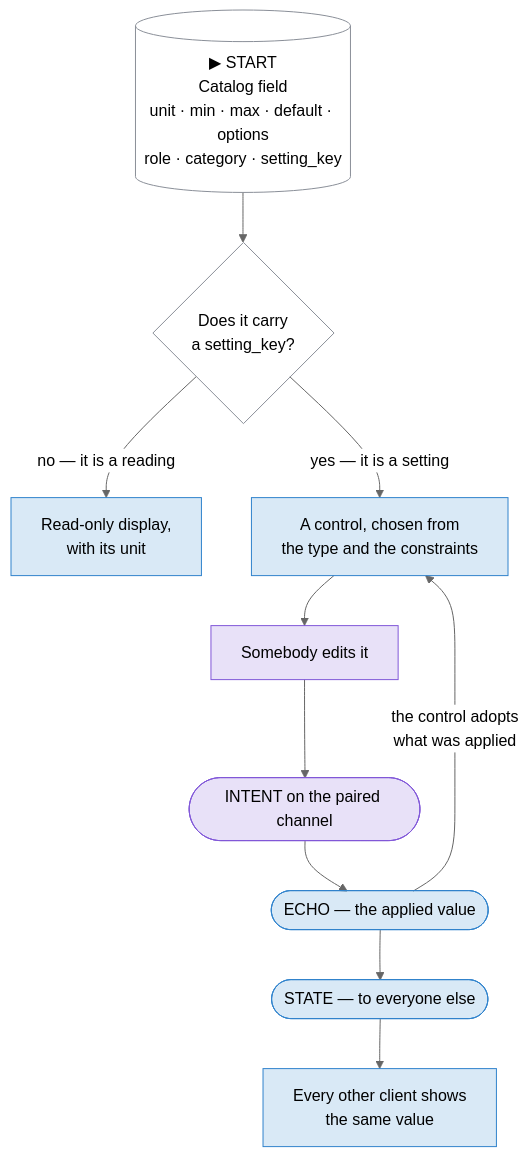
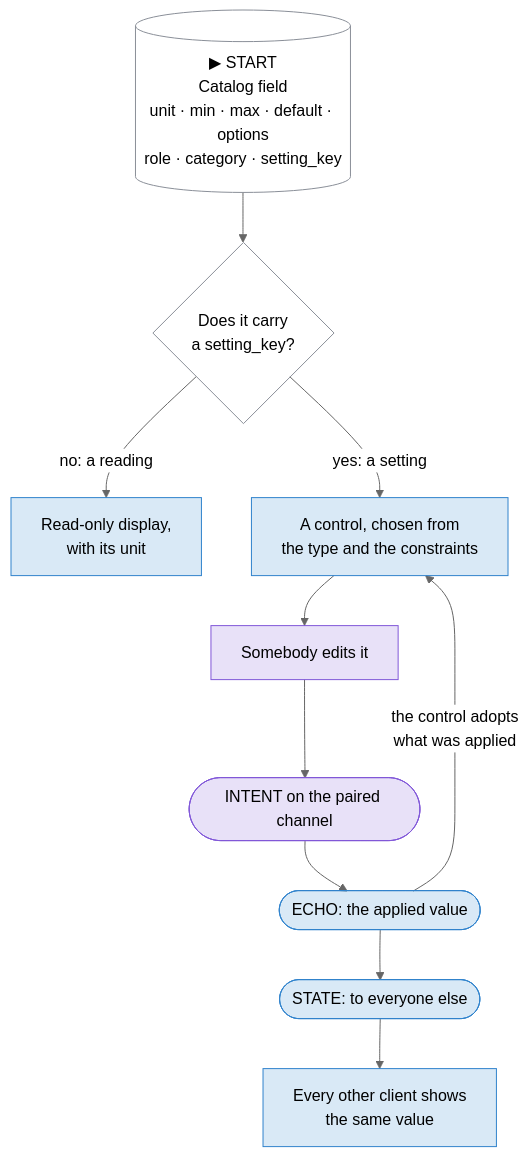
Before and after one commit to openvalence/Valence: the seventh of 7 diagrams in docs-site/docs/understand/how-it-works.md, drawn with Mermaid (neutral theme). The commit also changed other lines of this file and 66 other files, not shown here.

````diff
--- a/docs-site/docs/understand/how-it-works.md
+++ b/docs-site/docs/understand/how-it-works.md
@@ -286,18 +273,18 @@
 ```mermaid
 flowchart TD
     CAT[("▶ START<br/>Catalog field<br/>unit · min · max · default · options<br/>role · category · setting_key")]:::store
     CAT --> Q{"Does it carry<br/>a setting_key?"}:::party
-    Q -->|"no — it is a reading"| RO["Read-only display,<br/>with its unit"]:::truth
-    Q -->|"yes — it is a setting"| WID["A control, chosen from<br/>the type and the constraints"]:::truth
+    Q -->|"no: a reading"| RO["Read-only display,<br/>with its unit"]:::truth
+    Q -->|"yes: a setting"| WID["A control, chosen from<br/>the type and the constraints"]:::truth
     WID --> U["Somebody edits it"]:::wish
     U --> I(["INTENT on the paired channel"]):::wish
-    I --> EC(["ECHO — the applied value"]):::truth
+    I --> EC(["ECHO: the applied value"]):::truth
     EC -->|"the control adopts<br/>what was applied"| WID
-    EC --> ST(["STATE — to everyone else"]):::truth
+    EC --> ST(["STATE: to everyone else"]):::truth
     ST --> OTH["Every other client shows<br/>the same value"]:::truth
 
     classDef store fill:none,stroke:#8a8f98
     classDef party fill:none,stroke:#8a8f98
     classDef truth fill:#3183cc2e,stroke:#3183cc
     classDef wish fill:#8158d82e,stroke:#8158d8
 ```
````
